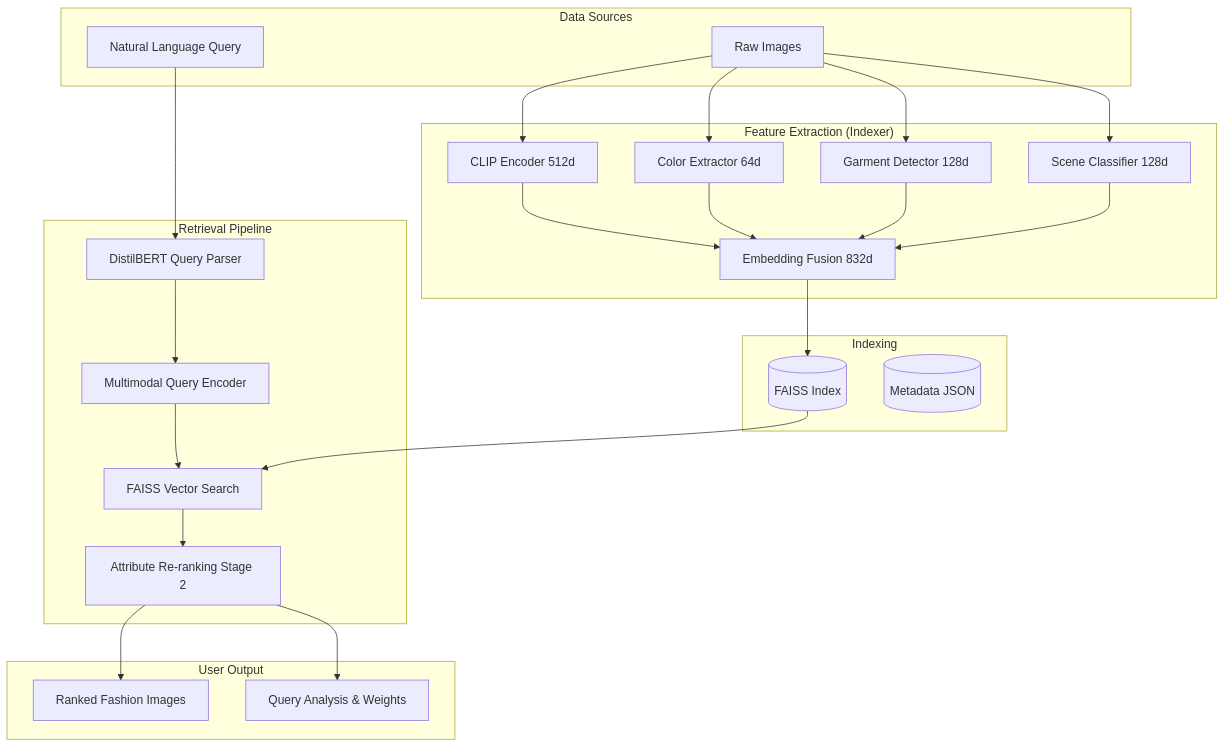
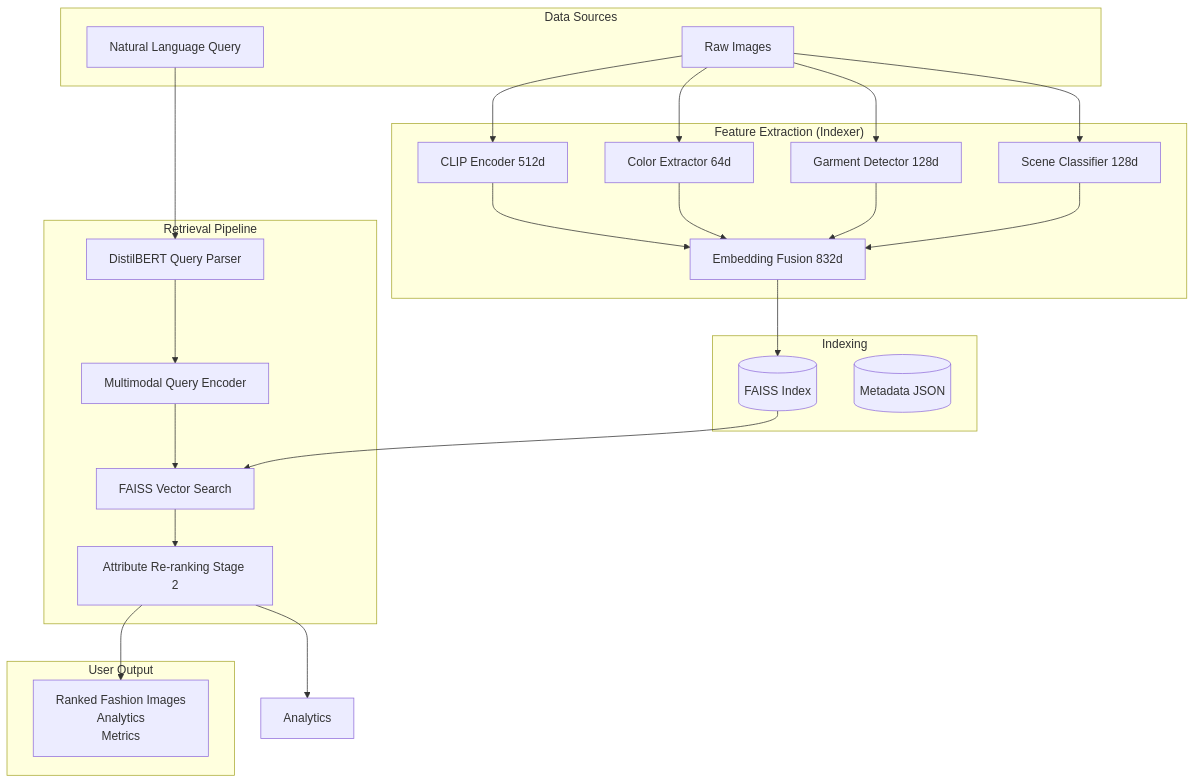
One commit to Yashwanth-79/Multimodal-Fashion-Context-Retrieval changed the diagram in README.md. Above: the diagram before and after it, drawn with Mermaid.

````diff
--- a/README.md
+++ b/README.md
@@ -43,38 +43,40 @@
 ```mermaid
 graph TD
     subgraph "Data Sources"
         Images[Raw Images]
         Query[Natural Language Query]
     end
     subgraph "Feature Extraction (Indexer)"
         CLIP[CLIP Encoder 512d]
         Color[Color Extractor 64d]
         Garment[Garment Detector 128d]
         Scene[Scene Classifier 128d]
         Fusion[Embedding Fusion 832d]
     end
     subgraph "Indexing"
         FAISS[(FAISS Index)]
         Meta[(Metadata JSON)]
     end
     subgraph "Retrieval Pipeline"
         Parser[DistilBERT Query Parser]
         QEncoder[Multimodal Query Encoder]
         Search[FAISS Vector Search]
         Rerank[Attribute Re-ranking Stage 2]
     end
     subgraph "User Output"
-        Results[Ranked Fashion Images]
-        Analytics[Query Analysis & Weights]
+        Results[Ranked Fashion Images
+                Analytics
+                Metrics]
+        
     end
     Images --> CLIP & Color & Garment & Scene
     CLIP & Color & Garment & Scene --> Fusion
     Fusion --> FAISS
     
     Query --> Parser
     Parser --> QEncoder
     QEncoder --> Search
     Search --> Rerank
     FAISS --> Search
     Rerank --> Results & Analytics
 ```
````
